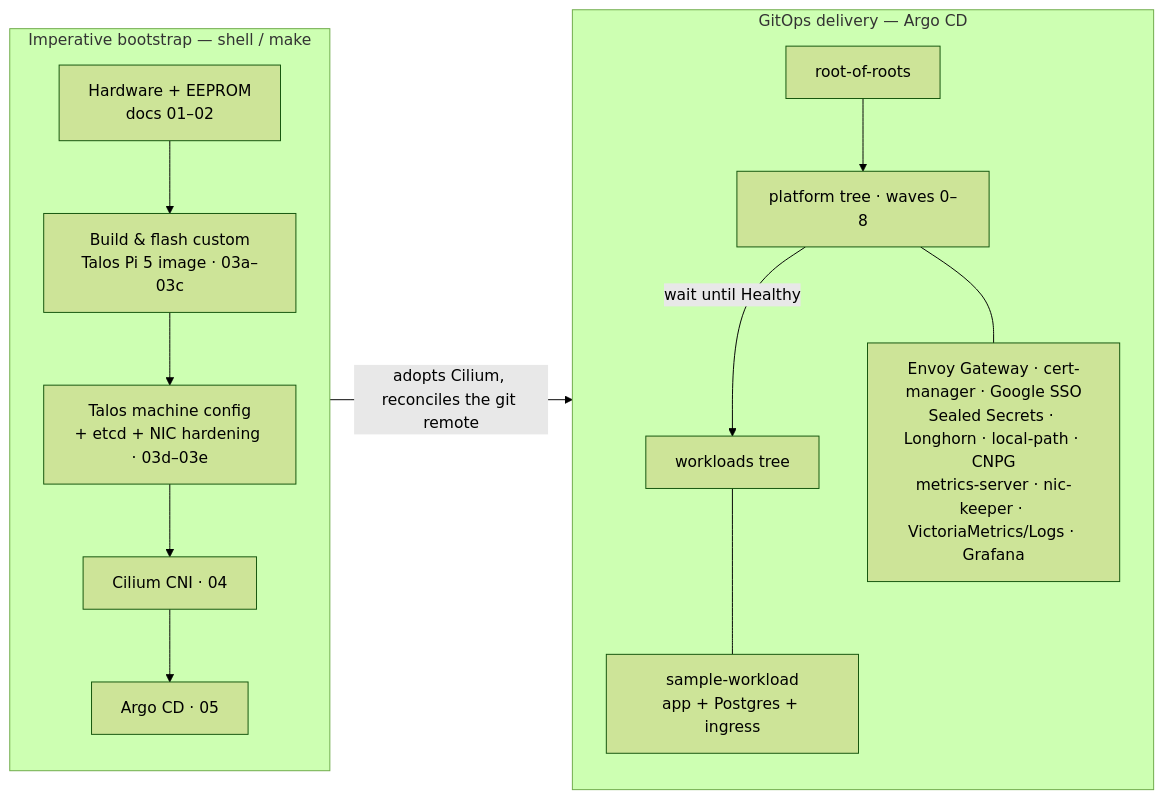
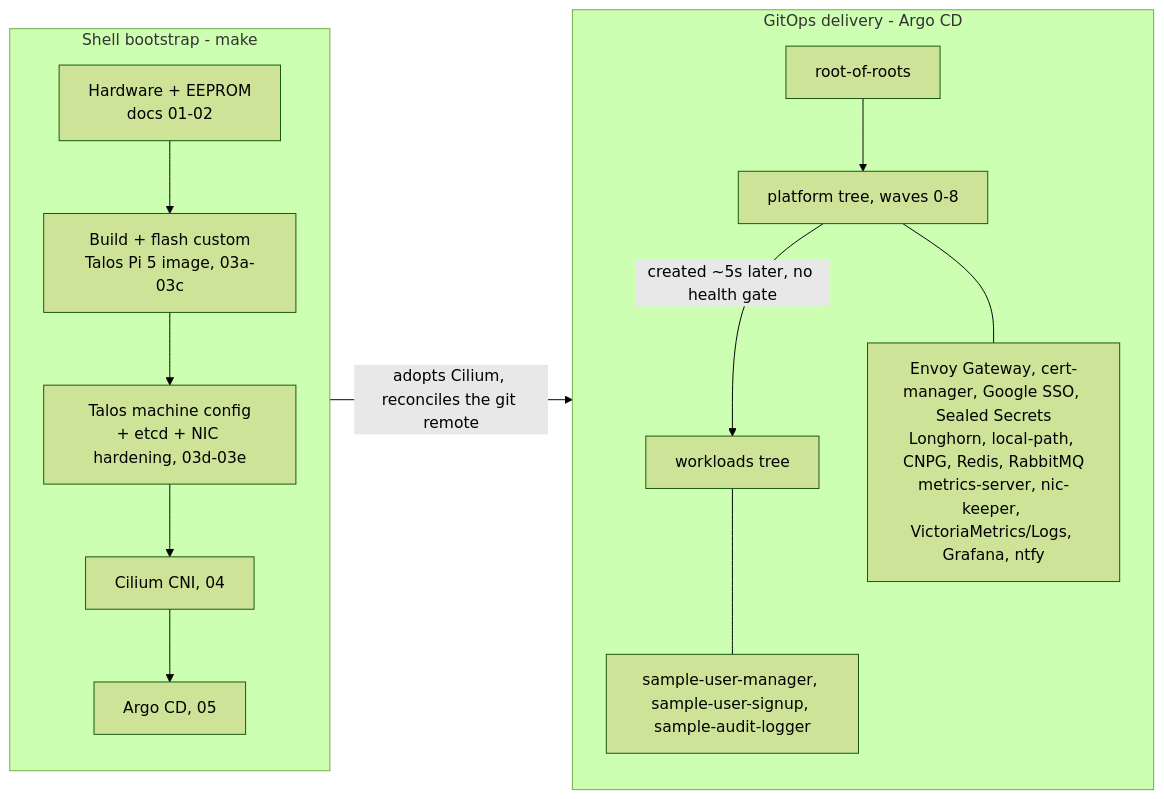
The diagram in README.md (yama6a/offgrid), drawn with Mermaid (forest theme) before and after one commit. The commit also changed other lines of this file and 262 other files, not shown here.

````diff
--- a/README.md
+++ b/README.md
@@ -107,18 +111,18 @@
 ```mermaid
 flowchart LR
-    subgraph imp["Imperative bootstrap — shell / make"]
+    subgraph imp["Shell bootstrap - make"]
         direction TB
-        HW["Hardware + EEPROM<br/>docs 01–02"] --> IMG["Build & flash custom<br/>Talos Pi 5 image · 03a–03c"]
-        IMG --> TAL["Talos machine config<br/>+ etcd + NIC hardening · 03d–03e"]
-        TAL --> CIL["Cilium CNI · 04"]
-        CIL --> ARGO["Argo CD · 05"]
+        HW["Hardware + EEPROM<br/>docs 01-02"] --> IMG["Build + flash custom<br/>Talos Pi 5 image, 03a-03c"]
+        IMG --> TAL["Talos machine config<br/>+ etcd + NIC hardening, 03d-03e"]
+        TAL --> CIL["Cilium CNI, 04"]
+        CIL --> ARGO["Argo CD, 05"]
     end
     ARGO -->|" adopts Cilium, reconciles the git remote "| ROOT["root-of-roots"]
-    subgraph gitops["GitOps delivery — Argo CD"]
+    subgraph gitops["GitOps delivery - Argo CD"]
         direction TB
-        ROOT --> PLAT["platform tree · waves 0–8"]
-        PLAT -->|" wait until Healthy "| WORK["workloads tree"]
-        PLAT --- PC["Envoy Gateway · cert-manager · Google SSO<br/>Sealed Secrets · Longhorn · local-path · CNPG<br/>metrics-server · nic-keeper · VictoriaMetrics/Logs · Grafana"]
-        WORK --- WC["sample-workload<br/>app + Postgres + ingress"]
+        ROOT --> PLAT["platform tree, waves 0-8"]
+        PLAT -->|" created ~5s later, no health gate "| WORK["workloads tree"]
+        PLAT --- PC["Envoy Gateway, cert-manager, Google SSO, Sealed Secrets<br/>Longhorn, local-path, CNPG, Redis, RabbitMQ<br/>metrics-server, nic-keeper, VictoriaMetrics/Logs, Grafana, ntfy"]
+        WORK --- WC["sample-user-manager, sample-user-signup, sample-audit-logger"]
     end
 ```
````
